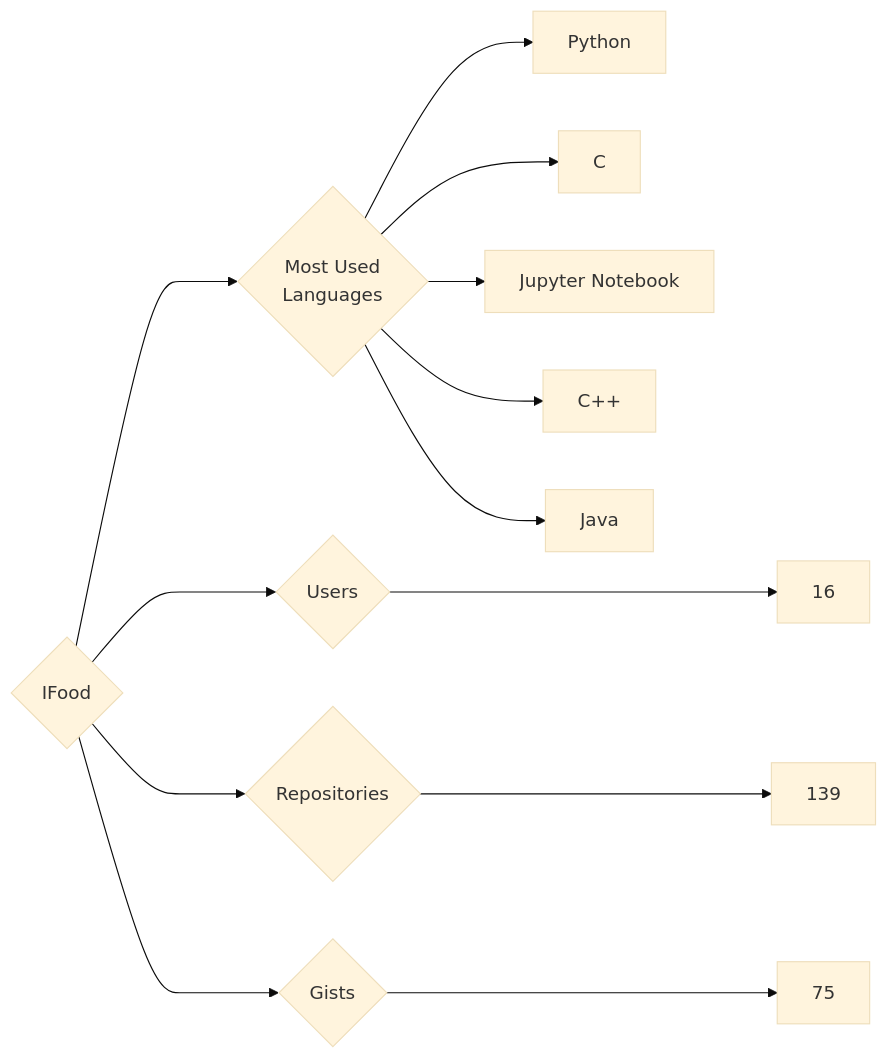
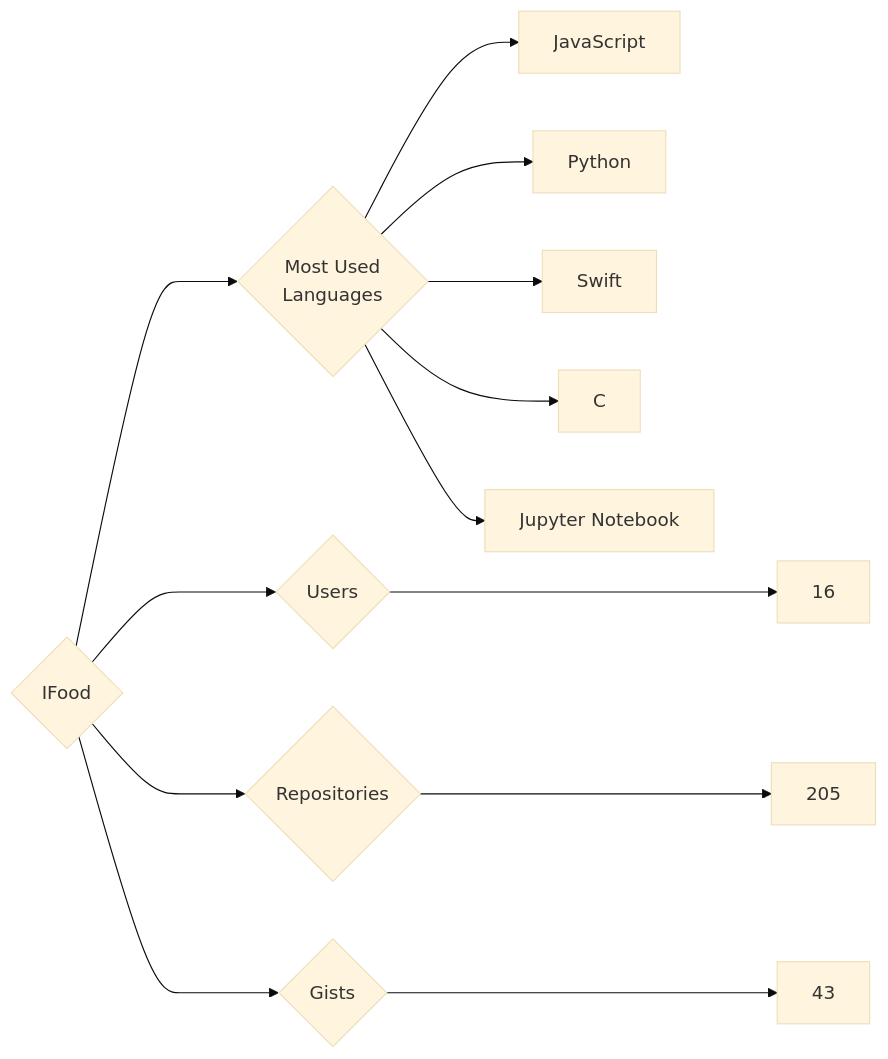
Before and after one commit to trickest/insiders: the diagram in targets/IFood/README.md, drawn with Mermaid (base theme). The commit also changed 1120 other files, not shown here.

````diff
--- a/targets/IFood/README.md
+++ b/targets/IFood/README.md
@@ -3,13 +3,13 @@
 ```mermaid
 graph LR
 COMPANY_NAME{IFood}
 COMPANY_NAME ---> U{Users} ---> UN[16]
-COMPANY_NAME ---> R{Repositories} ---> RN[139]
-COMPANY_NAME ---> G{Gists} ---> GN[75]
+COMPANY_NAME ---> R{Repositories} ---> RN[205]
+COMPANY_NAME ---> G{Gists} ---> GN[43]
 COMPANY_NAME ---> ML{Most Used<br>Languages}
+ML --> JavaScript[JavaScript]
 ML --> Python[Python]
+ML --> Swift[Swift]
 ML --> C[C]
 ML --> Jupyter_Notebook[Jupyter Notebook]
-ML --> C++[C++]
-ML --> Java[Java]
 ```
````
